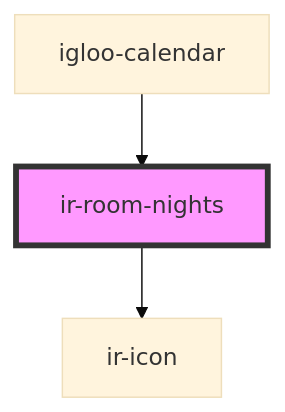
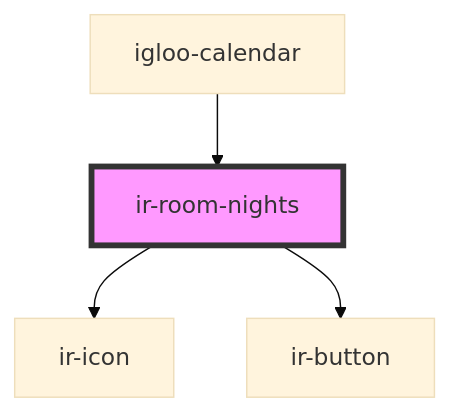
The diagram in src/components/ir-room-nights/readme.md (David1Chowaifaty/modified-ir-webcmp), drawn with Mermaid (base theme) before and after one commit. The commit also changed other lines of this file and 28 other files, not shown here.

````diff
--- a/src/components/ir-room-nights/readme.md
+++ b/src/components/ir-room-nights/readme.md
@@ -41,6 +42,7 @@
 ```mermaid
 graph TD;
   ir-room-nights --> ir-icon
+  ir-room-nights --> ir-button
   igloo-calendar --> ir-room-nights
   style ir-room-nights fill:#f9f,stroke:#333,stroke-width:4px
 ```
````
